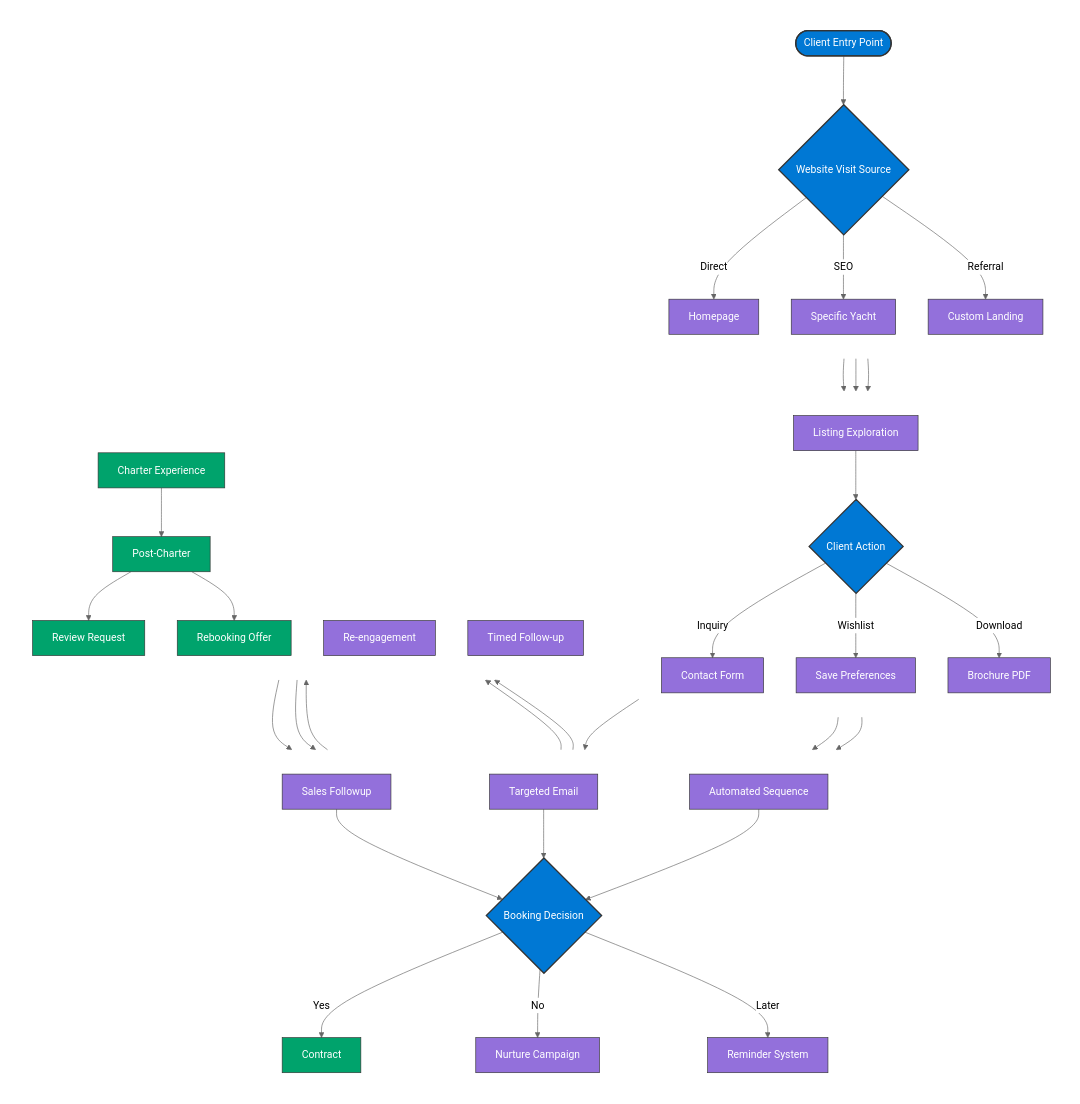
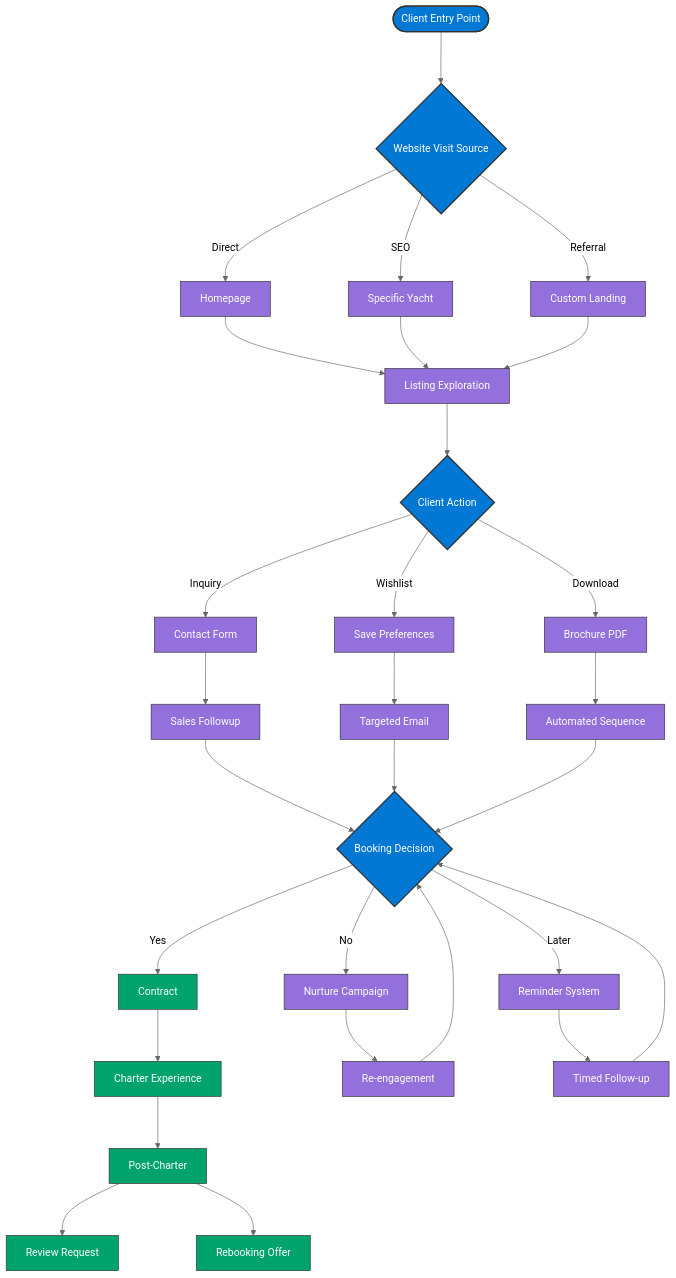
One commit to szemkoff/azurecharters changed the third of 3 diagrams in docs/framework-overview.md. Above: the diagram before and after it, drawn with Mermaid. The commit also changed other lines of this file and 2 other files, not shown here.

Commit message:
Force strict vertical layout with explicit rankdir TB and rankSpacing parameters

````diff
--- a/docs/framework-overview.md
+++ b/docs/framework-overview.md
@@ -124,58 +178,112 @@
 ```mermaid
-%%{init: {'theme': 'neutral', 'securityLevel': 'loose'}}%%
-flowchart TD
+%%{init: {'theme': 'neutral', 'securityLevel': 'loose', 'flowchart': {'rankSpacing': 80, 'nodeSpacing': 120, 'rankdir': 'TB'}}}%%
+flowchart TB
+    %% Entry point
     Start([Client Entry Point])
     
-    subgraph EntryPhase[" "]
-        direction TB
-        Start --> A{Website Visit Source}
-        A -->|Direct| B[Homepage]
-        A -->|SEO| C[Specific Yacht]
-        A -->|Referral| D[Custom Landing]
-    end
+    %% Visit source level
+    A{Website Visit Source}
     
-    subgraph ExplorationPhase[" "]
-        direction TB
-        B & C & D --> E[Listing Exploration]
-        E --> F{Client Action}
-        F -->|Inquiry| G[Contact Form]
-        F -->|Wishlist| H[Save Preferences]
-        F -->|Download| I[Brochure PDF]
-    end
+    %% Visit source connection
+    Start --> A
     
-    subgraph FollowupPhase[" "]
-        direction TB
-        G --> J[Sales Followup]
-        H --> K[Targeted Email]
-        I --> L[Automated Sequence]
-        
-        J & K & L --> M{Booking Decision}
-        M -->|Yes| N[Contract]
-        M -->|No| O[Nurture Campaign]
-        M -->|Later| P[Reminder System]
-    end
+    %% Visit source options
+    B[Homepage]
+    C[Specific Yacht]
+    D[Custom Landing]
     
-    subgraph ExperiencePhase[" "]
-        direction TB
-        N --> Q[Charter Experience]
-        O --> R[Re-engagement]
-        P --> S[Timed Follow-up]
-        
-        R & S --> M
-        Q --> T[Post-Charter]
-        T --> U[Review Request]
-        T --> V[Rebooking Offer]
-    end
+    %% Visit source option connections
+    A -->|Direct| B
+    A -->|SEO| C
+    A -->|Referral| D
+    
+    %% Exploration level
+    E[Listing Exploration]
+    
+    %% Exploration connections
+    B --> E
+    C --> E
+    D --> E
+    
+    %% Client action level
+    F{Client Action}
+    
+    %% Action connection
+    E --> F
+    
+    %% Action options
+    G[Contact Form]
+    H[Save Preferences]
+    I[Brochure PDF]
+    
+    %% Action option connections
+    F -->|Inquiry| G
+    F -->|Wishlist| H
+    F -->|Download| I
+    
+    %% Follow-up level
+    J[Sales Followup]
+    K[Targeted Email]
+    L[Automated Sequence]
+    
+    %% Follow-up connections
+    G --> J
+    H --> K
+    I --> L
+    
+    %% Decision level
+    M{Booking Decision}
+    
+    %% Decision connections
+    J --> M
+    K --> M
+    L --> M
+    
+    %% Decision outcomes
+    N[Contract]
+    O[Nurture Campaign]
+    P[Reminder System]
+    
+    %% Outcome connections
+    M -->|Yes| N
+    M -->|No| O
+    M -->|Later| P
+    
+    %% Experience level
+    Q[Charter Experience]
+    R[Re-engagement]
+    S[Timed Follow-up]
+    
+    %% Experience connections
+    N --> Q
+    O --> R
+    P --> S
+    
+    %% Re-engagement connections
+    R --> M
+    S --> M
+    
+    %% Post-charter level
+    T[Post-Charter]
+    
+    %% Post-charter connection
+    Q --> T
+    
+    %% Follow-up level
+    U[Review Request]
+    V[Rebooking Offer]
+    
+    %% Follow-up connections
+    T --> U
+    T --> V
     
     %% Styling
     classDef entryNode fill:#0078D4,color:#ffffff,stroke:#333,stroke-width:2px
     classDef decisionNode fill:#9370DB,color:#ffffff,stroke:#333,stroke-width:1px
     classDef successNode fill:#00A36C,color:#ffffff,stroke:#333,stroke-width:1px
-    classDef subgraphStyle fill:none,stroke:none
     
     %% Apply styles
     class Start,A,F,M entryNode
     class B,C,D,E,G,H,I,J,K,L,O,P,R,S decisionNode
     class N,Q,T,U,V successNode
-    class EntryPhase,ExplorationPhase,FollowupPhase,ExperiencePhase subgraphStyle
 ```
````
